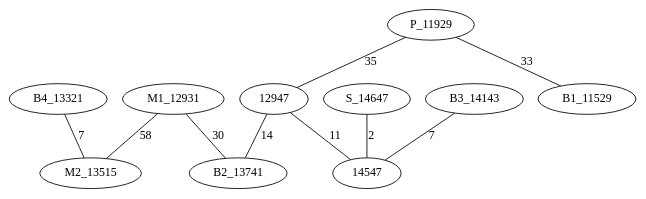
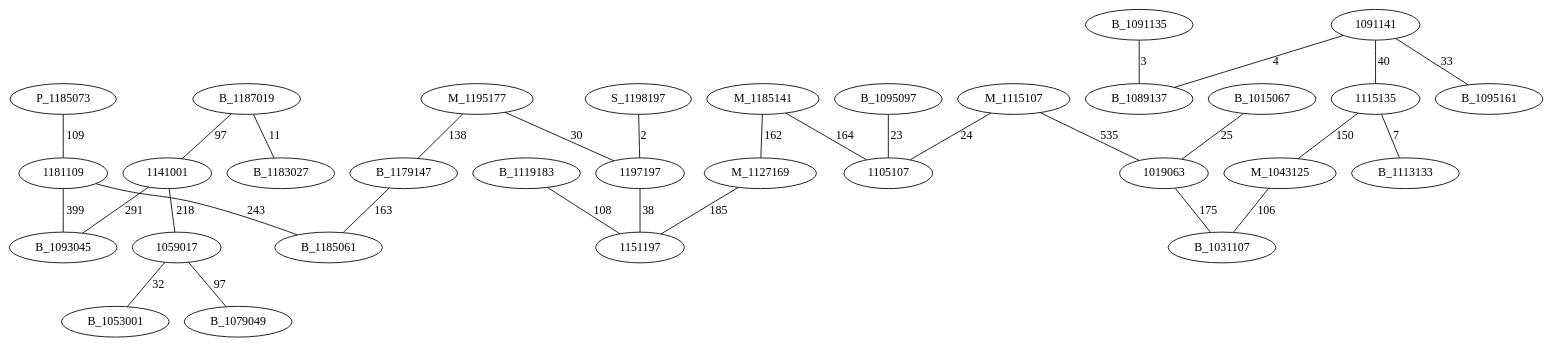
Before and after one commit to AsmNoob/Labyrinthe: the diagram in Graph.dot, drawn with Graphviz. The commit also changed 3 other files, not shown here.

Commit message:
[GRAPH CONVERTER] modification assez sévère xD

```diff
--- a/Graph.dot
+++ b/Graph.dot
@@ -1,13 +1,34 @@
 graph chemin {
 
-	P_11929 -- 12947 [label=35]
-	P_11929 -- B1_11529 [label=33]
-	M1_12931 -- B2_13741 [label=30]
-	M1_12931 -- M2_13515 [label=58]
-	S_14647 -- 14547 [label=2]
-	12947 -- B2_13741 [label=14]
-	12947 -- 14547 [label=11]
-	B3_14143 -- 14547 [label=7]
-	B4_13321 -- M2_13515 [label=7]
+	P_1185073 -- 1181109 [label=109]
+	B_1187019 -- 1141001 [label=97]
+	B_1187019 -- B_1183027 [label=11]
+	M_1195177 -- 1197197 [label=30]
+	M_1195177 -- B_1179147 [label=138]
+	1141001 -- B_1093045 [label=291]
+	1141001 -- 1059017 [label=218]
+	1091141 -- 1115135 [label=40]
+	1091141 -- B_1095161 [label=33]
+	1091141 -- B_1089137 [label=4]
+	B_1095097 -- 1105107 [label=23]
+	1115135 -- M_1043125 [label=150]
+	1115135 -- B_1113133 [label=7]
+	B_1015067 -- 1019063 [label=25]
+	1181109 -- B_1093045 [label=399]
+	1181109 -- B_1185061 [label=243]
+	M_1115107 -- 1019063 [label=535]
+	M_1115107 -- 1105107 [label=24]
+	1059017 -- B_1053001 [label=32]
+	1059017 -- B_1079049 [label=97]
+	B_1179147 -- B_1185061 [label=163]
+	M_1185141 -- 1105107 [label=164]
+	M_1185141 -- M_1127169 [label=162]
+	M_1043125 -- B_1031107 [label=106]
+	M_1127169 -- 1151197 [label=185]
+	S_1198197 -- 1197197 [label=2]
+	B_1091135 -- B_1089137 [label=3]
+	1197197 -- 1151197 [label=38]
+	1019063 -- B_1031107 [label=175]
+	B_1119183 -- 1151197 [label=108]
 
 }
```
